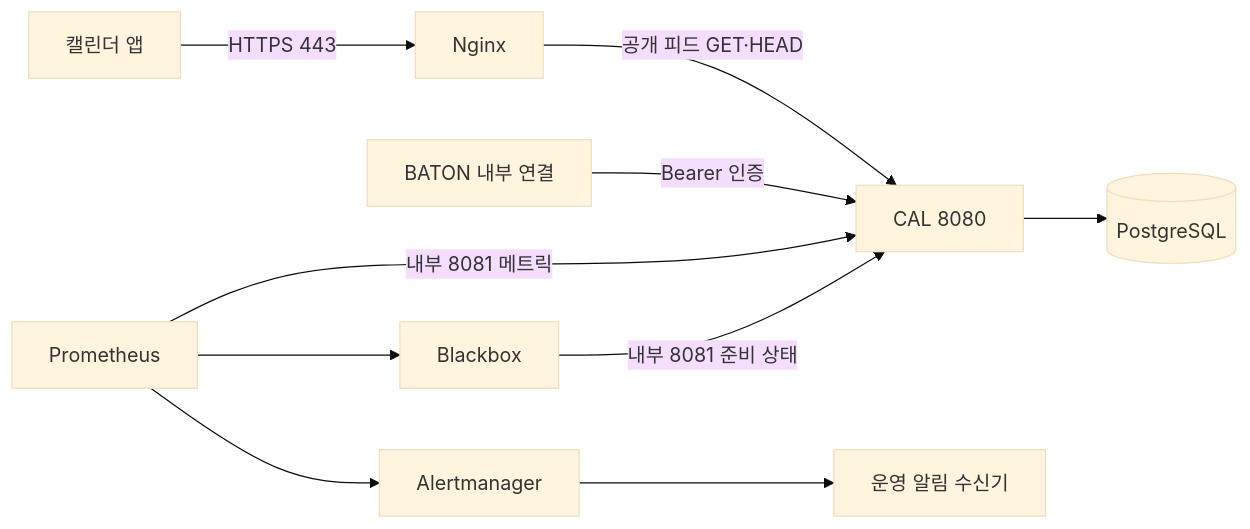
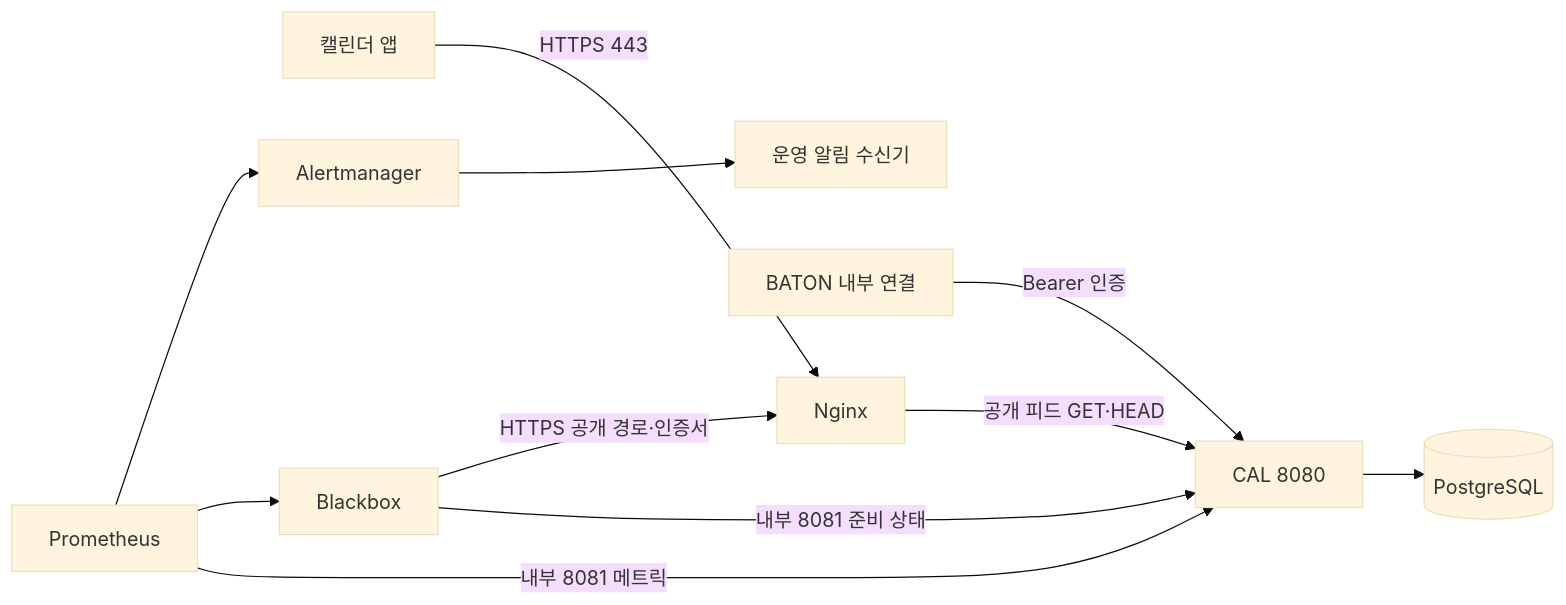
One commit to ljkhyeong/baton-cal changed the diagram in docs/operations.md. Above: the diagram before and after it, drawn with Mermaid (base theme). The commit also changed other lines of this file and 3 other files, not shown here.

````diff
--- a/docs/operations.md
+++ b/docs/operations.md
@@ -18,12 +18,13 @@
 ```mermaid
 flowchart LR
   Client[캘린더 앱] -->|HTTPS 443| Nginx[Nginx]
   Nginx -->|공개 피드 GET·HEAD| CAL[CAL 8080]
   BATON[BATON 내부 연결] -->|Bearer 인증| CAL
   CAL --> DB[(PostgreSQL)]
   Prometheus -->|내부 8081 메트릭| CAL
   Blackbox -->|내부 8081 준비 상태| CAL
+  Blackbox -->|HTTPS 공개 경로·인증서| Nginx
   Prometheus --> Blackbox
   Prometheus --> Alertmanager
   Alertmanager --> Receiver[운영 알림 수신기]
 ```
````
